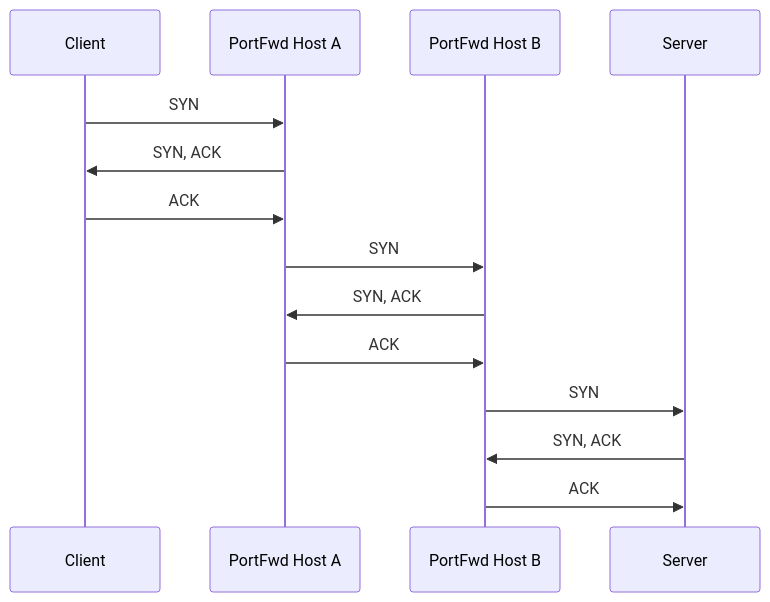
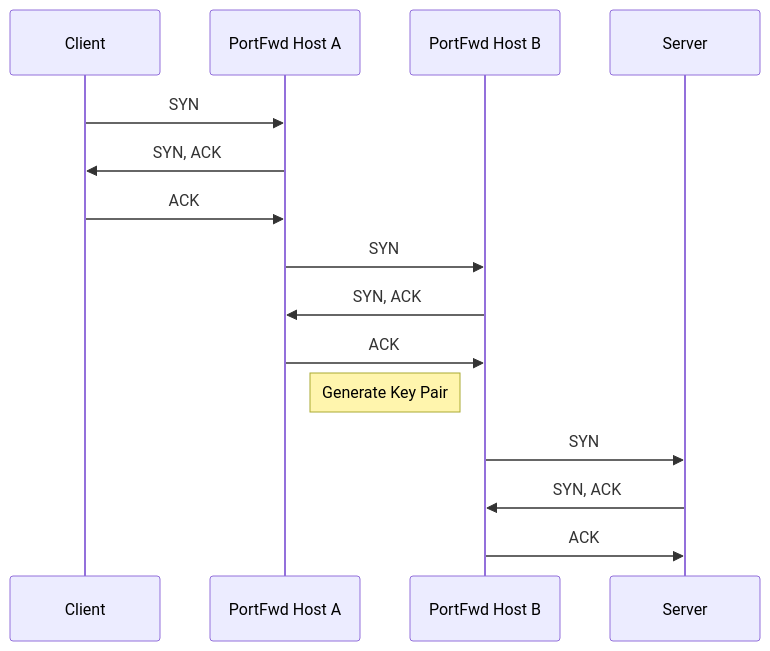
One commit to cmason3/portfwd changed the diagram in README.md. Above: the diagram before and after it, drawn with Mermaid.

````diff
--- a/README.md
+++ b/README.md
@@ -32,16 +32,19 @@
 ```mermaid
 sequenceDiagram
     participant C as Client
     participant A as PortFwd Host A
     participant B as PortFwd Host B
     participant S as Server
     C->>A: SYN
     A->>C: SYN, ACK
     C->>A: ACK
     A->>B: SYN
     B->>A: SYN, ACK
     A->>B: ACK
+
+    Note right of A: Generate Key Pair
+
     B->>S: SYN
     S->>B: SYN, ACK
     B->>S: ACK
 ```
````
